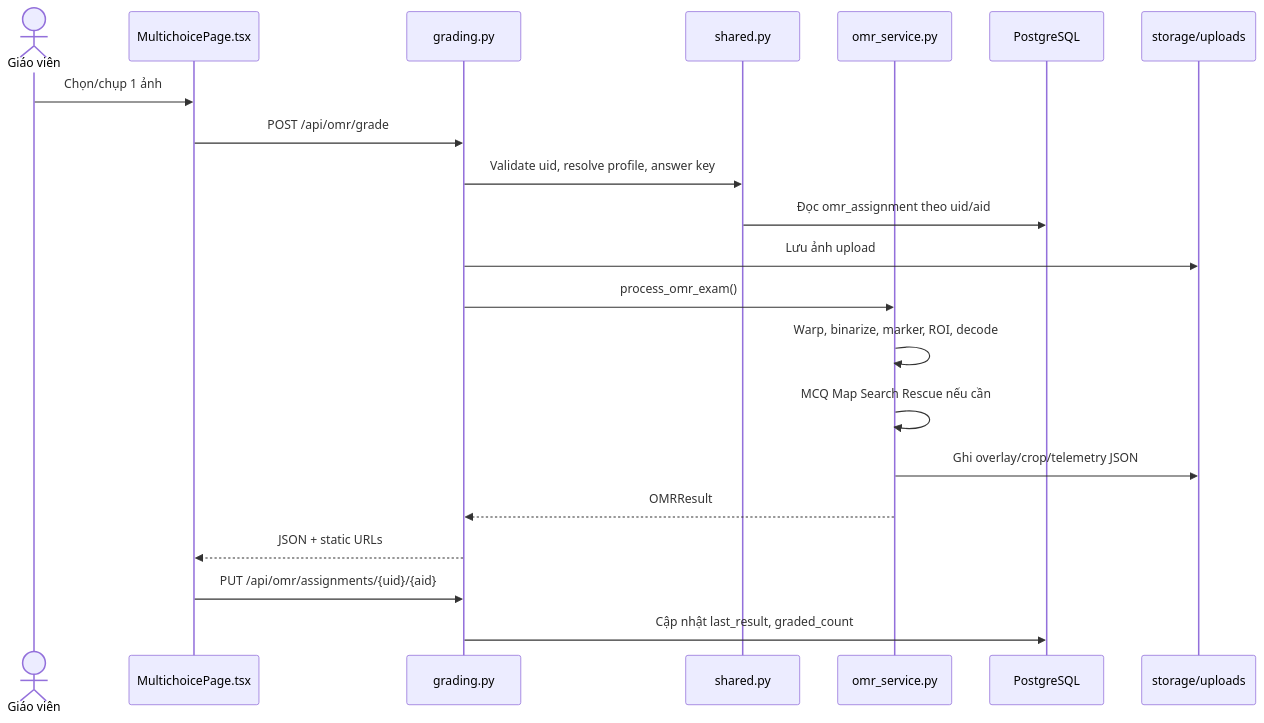
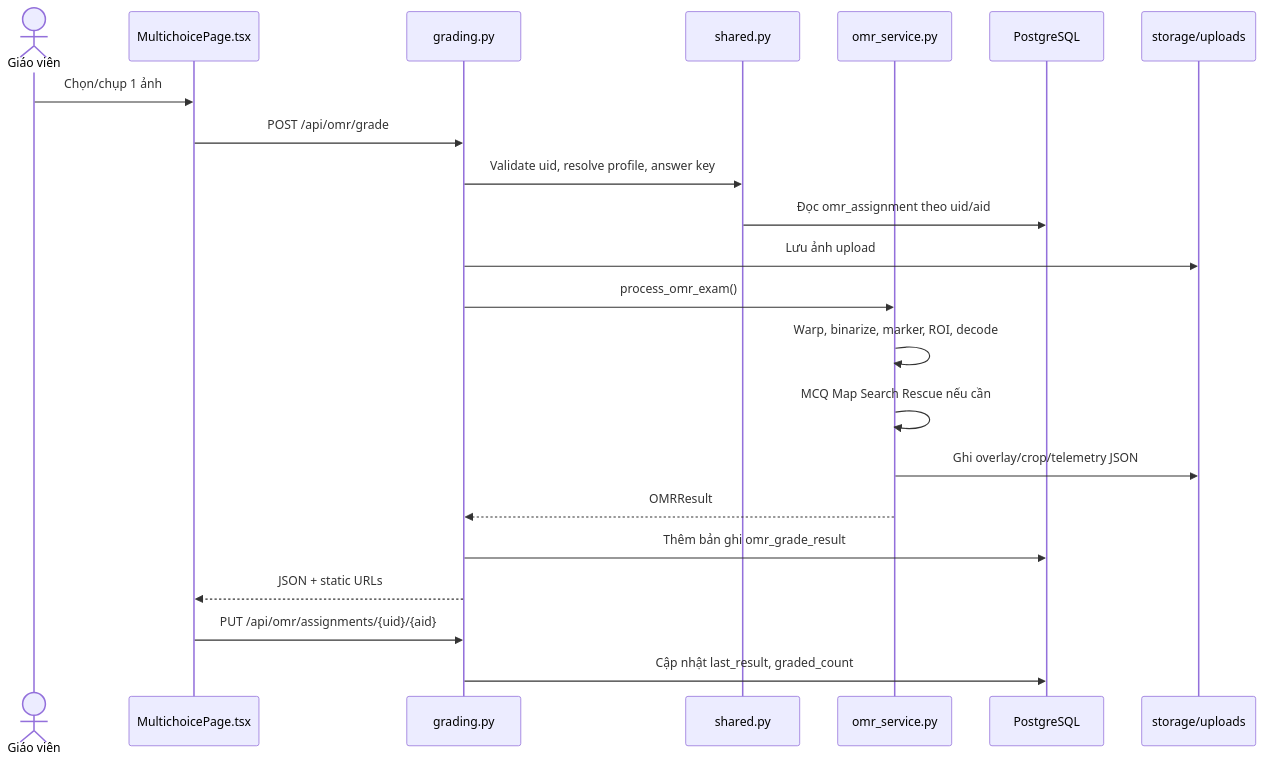
The tenth of 15 diagrams in DATN.md (Dung20225817/DATN), drawn with Mermaid before and after one commit. The commit also changed other lines of this file and 29 other files, not shown here.

````diff
--- a/DATN.md
+++ b/DATN.md
@@ -794,24 +1041,25 @@
 ```mermaid
 sequenceDiagram
     actor Teacher as Giáo viên
     participant FE as MultichoicePage.tsx
     participant API as grading.py
     participant Shared as shared.py
     participant Service as omr_service.py
     participant DB as PostgreSQL
     participant FS as storage/uploads
 
     Teacher->>FE: Chọn/chụp 1 ảnh
     FE->>API: POST /api/omr/grade
     API->>Shared: Validate uid, resolve profile, answer key
     Shared->>DB: Đọc omr_assignment theo uid/aid
     API->>FS: Lưu ảnh upload
     API->>Service: process_omr_exam()
     Service->>Service: Warp, binarize, marker, ROI, decode
     Service->>Service: MCQ Map Search Rescue nếu cần
     Service->>FS: Ghi overlay/crop/telemetry JSON
     Service-->>API: OMRResult
+    API->>DB: Thêm bản ghi omr_grade_result
     API-->>FE: JSON + static URLs
     FE->>API: PUT /api/omr/assignments/{uid}/{aid}
     API->>DB: Cập nhật last_result, graded_count
 ```
````
